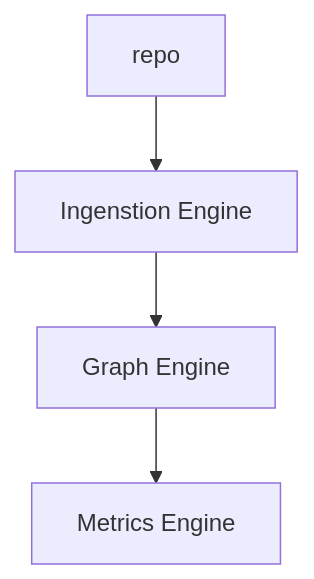
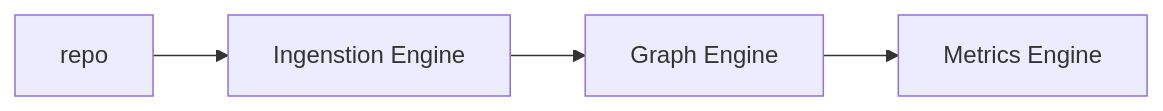
The diagram in README.md (tebogomonamodi08/repo-graph), drawn with Mermaid before and after one commit.

Commit message:
Change graph direction from TD to LR in README

````diff
--- a/README.md
+++ b/README.md
@@ -12,8 +12,8 @@
 ```mermaid
-graph TD
+graph LR
 A[repo]-->B[Ingenstion Engine]
 B-->C[Graph Engine]
 C-->D[Metrics Engine]
 
 
 ```
````
